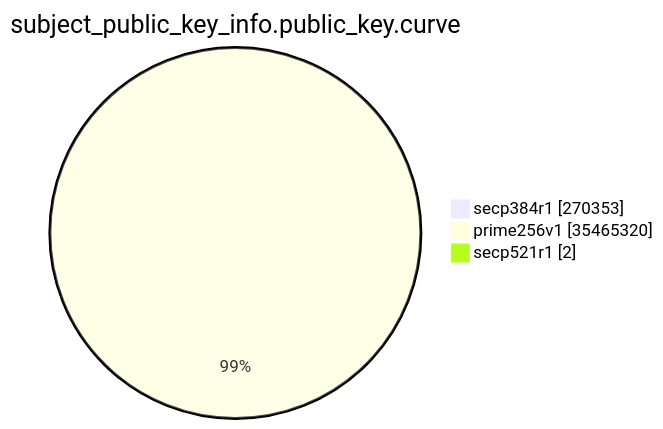
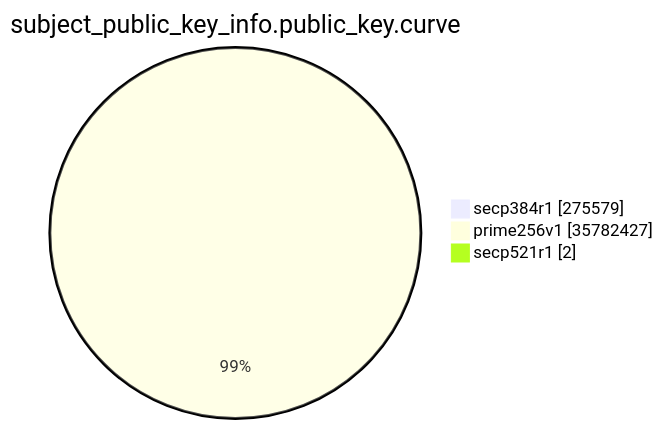
Before and after one commit to christiankrug/ctmonitor_visualization: the eighth of 15 diagrams in argon2023/README.md, drawn with Mermaid. The commit also changed other lines of this file, not shown here.

````diff
--- a/argon2023/README.md
+++ b/argon2023/README.md
@@ -2156,7 +2161,7 @@
 ```mermaid
 pie showData
 title subject_public_key_info.public_key.curve
-"secp384r1" :270353
-"prime256v1" :35465320
+"secp384r1" :275579
+"prime256v1" :35782427
 "secp521r1" :2
 ```
````
